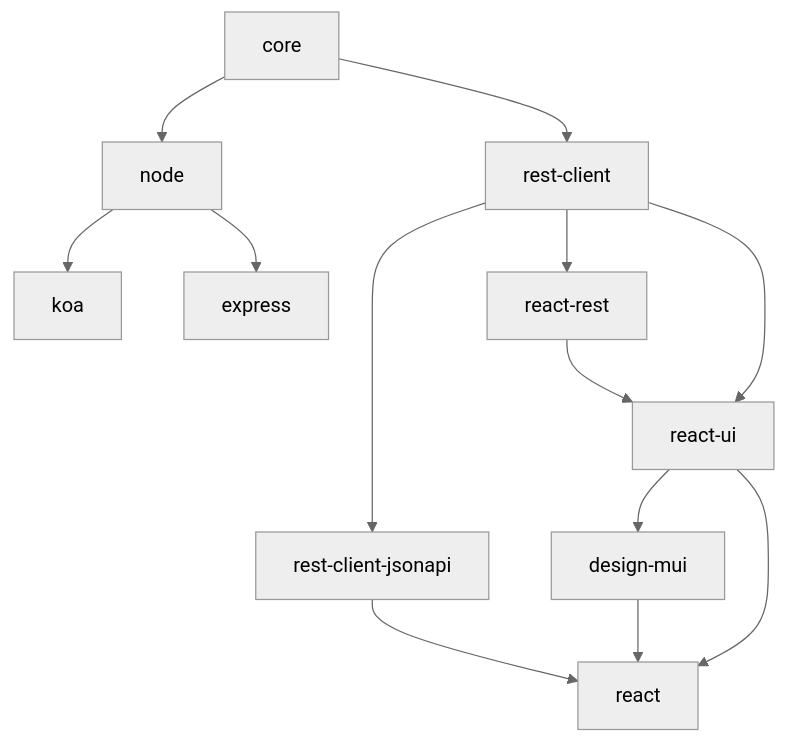
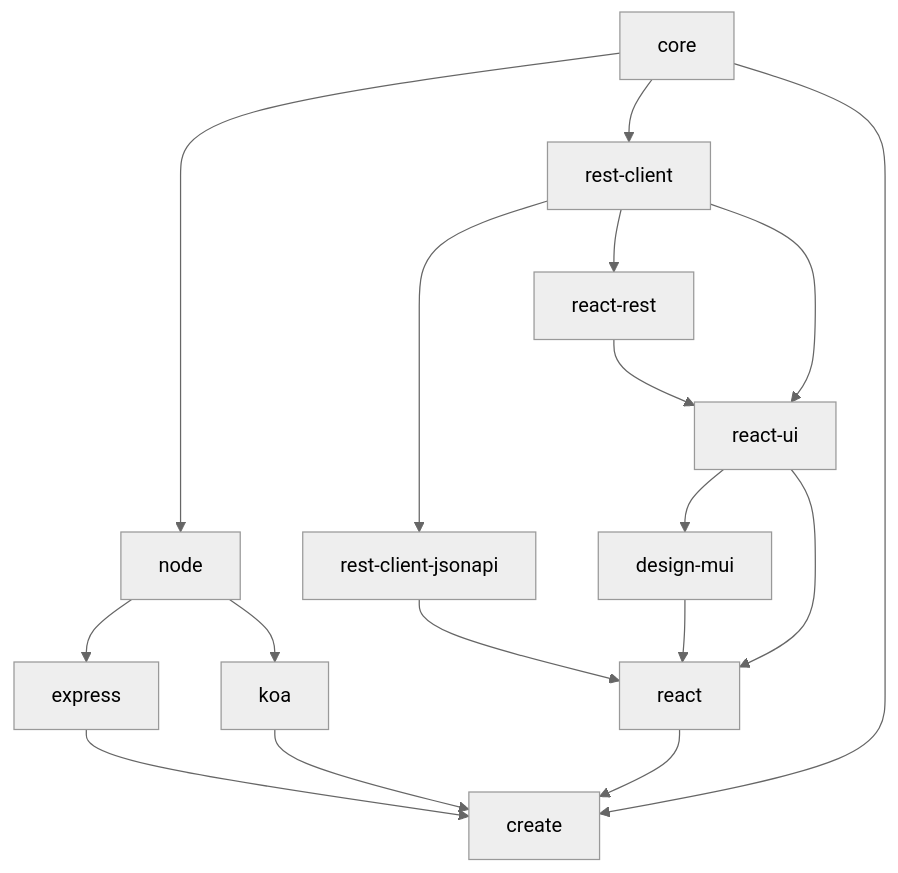
The diagram in CONTRIBUTING.md (bitovi/hatchify), drawn with Mermaid (neutral theme) before and after one commit.

````diff
--- a/CONTRIBUTING.md
+++ b/CONTRIBUTING.md
@@ -314,15 +314,20 @@
 ```mermaid
   flowchart TD
       A[core] --> B[node]
-      B --> C[koa]
-      B --> D[express]
+      B --> C[express]
+      B --> D[koa]
       A --> E[rest-client]
       E --> F[rest-client-jsonapi]
       E --> G[react-rest]
       G --> H[react-ui]
       E --> H
       H --> I[design-mui]
       I --> J[react]
       F --> J
       H --> J
+      A --> K[create]
+      C --> K
+      D --> K
+      J --> K
+
 ```
````
